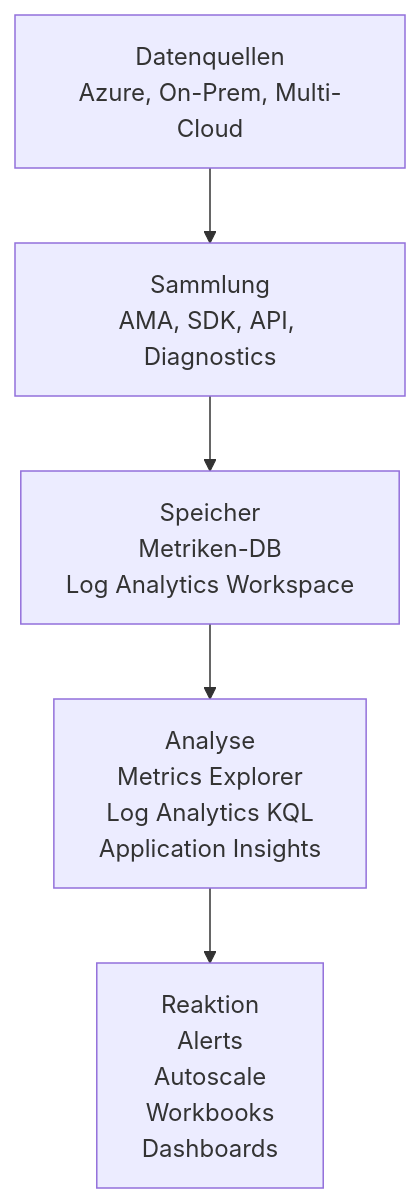
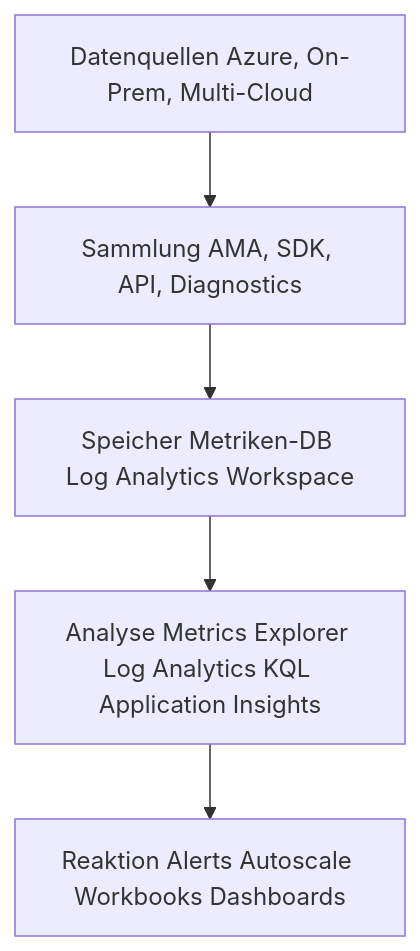
The first of 5 diagrams in Microsoft 365/Azure/Monitor und Management/Azure Monitor Grundlagen.md (SoniiiT/notes-n-docs), drawn with Mermaid before and after one commit. The commit also changed other lines of this file and 124 other files, not shown here.

First line of the commit message:
fix: Entferne \n aus allen Mermaid-Diagrammen (125 Dateien)

````diff
--- a/Microsoft 365/Azure/Monitor und Management/Azure Monitor Grundlagen.md
+++ b/Microsoft 365/Azure/Monitor und Management/Azure Monitor Grundlagen.md
@@ -30,13 +30,13 @@
 ```mermaid
 graph TD
-    Sources["Datenquellen\nAzure, On-Prem, Multi-Cloud"]
-    Collect["Sammlung\nAMA, SDK, API, Diagnostics"]
-    Store["Speicher\nMetriken-DB\nLog Analytics Workspace"]
-    Analyze["Analyse\nMetrics Explorer\nLog Analytics KQL\nApplication Insights"]
-    Respond["Reaktion\nAlerts\nAutoscale\nWorkbooks\nDashboards"]
+    Sources["Datenquellen Azure, On-Prem, Multi-Cloud"]
+    Collect["Sammlung AMA, SDK, API, Diagnostics"]
+    Store["Speicher Metriken-DB Log Analytics Workspace"]
+    Analyze["Analyse Metrics Explorer Log Analytics KQL Application Insights"]
+    Respond["Reaktion Alerts Autoscale Workbooks Dashboards"]
 
     Sources --> Collect
     Collect --> Store
     Store --> Analyze
     Analyze --> Respond
 ```
````
